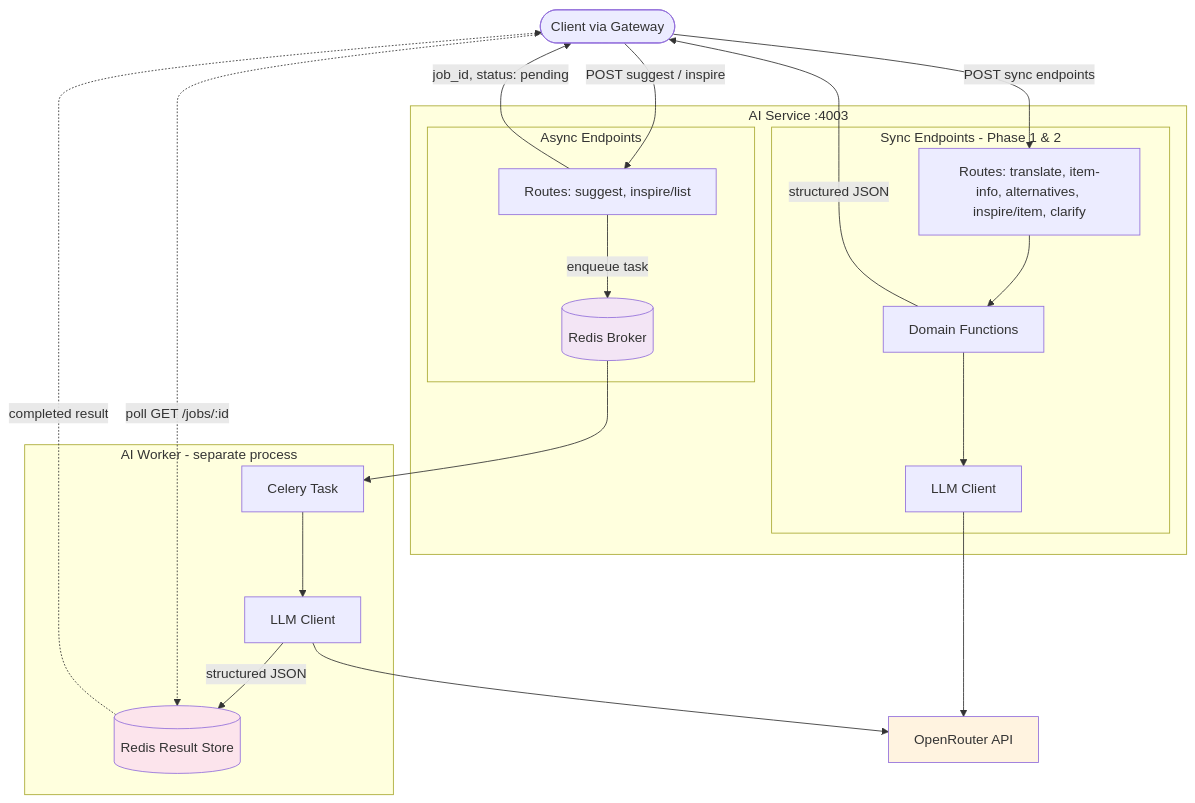
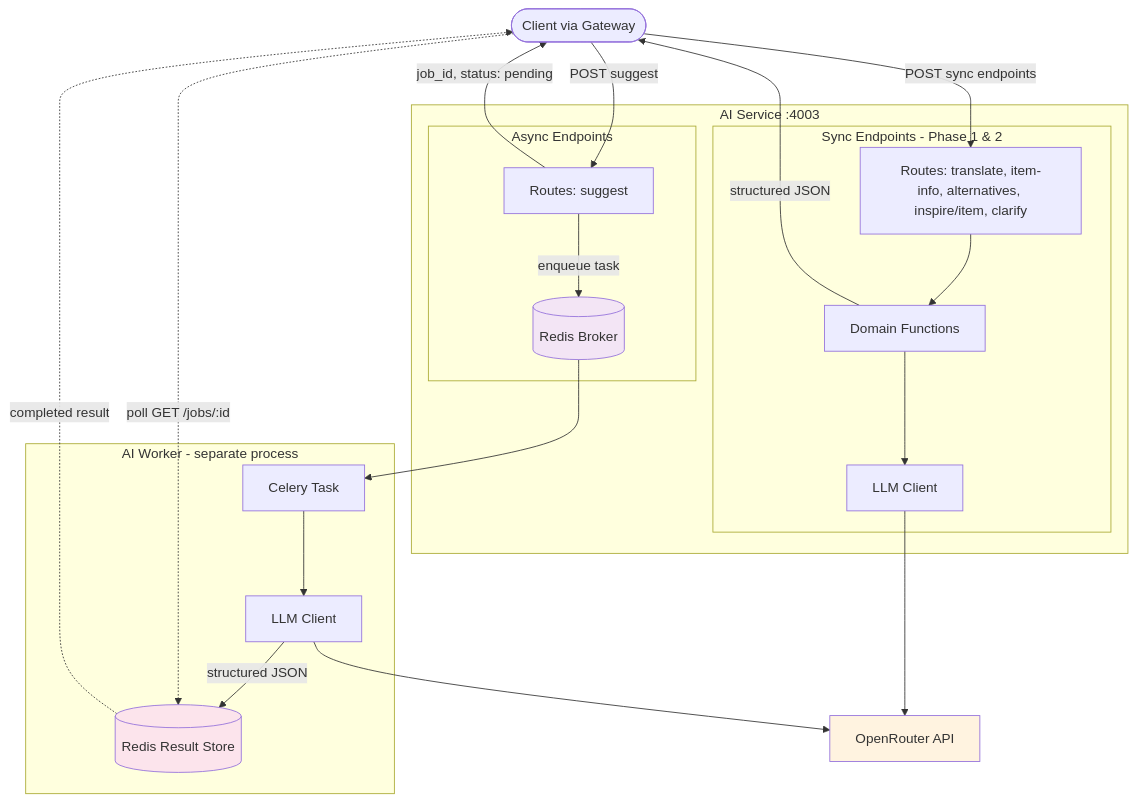
Before and after one commit to iDako7/SmartGroceryAssistant: the first of 3 diagrams in services/ai-service/docs_AI_service/phased_plan.md, drawn with Mermaid. The commit also changed other lines of this file and 2 other files, not shown here.

Commit message:
docs: drop per-list inspire from roadmap, move to future considerations

````diff
--- a/services/ai-service/docs_AI_service/phased_plan.md
+++ b/services/ai-service/docs_AI_service/phased_plan.md
@@ -109,45 +114,45 @@
 ```mermaid
 graph TD
     Client([Client via Gateway])
 
     subgraph AIService[AI Service :4003]
         subgraph SyncFlow[Sync Endpoints - Phase 1 & 2]
             SyncRoutes[Routes: translate, item-info, alternatives, inspire/item, clarify]
             DomainFns[Domain Functions]
             LLMClient[LLM Client]
 
             SyncRoutes --> DomainFns --> LLMClient
         end
 
         subgraph AsyncFlow[Async Endpoints]
-            AsyncRoutes[Routes: suggest, inspire/list]
+            AsyncRoutes[Routes: suggest]
             CeleryBroker[(Redis Broker)]
 
             AsyncRoutes -->|enqueue task| CeleryBroker
         end
     end
 
     subgraph Worker[AI Worker - separate process]
         CeleryTask[Celery Task]
         WorkerLLM[LLM Client]
         ResultStore[(Redis Result Store)]
 
         CeleryTask --> WorkerLLM -->|structured JSON| ResultStore
     end
 
     CeleryBroker --> CeleryTask
 
     Client -->|POST sync endpoints| SyncRoutes
     DomainFns -->|structured JSON| Client
-    Client -->|POST suggest / inspire| AsyncRoutes
+    Client -->|POST suggest| AsyncRoutes
     AsyncRoutes -->|job_id, status: pending| Client
     Client -.->|poll GET /jobs/:id| ResultStore
     ResultStore -.->|completed result| Client
 
     LLMClient --> OpenRouter[OpenRouter API]
     WorkerLLM --> OpenRouter
 
     style CeleryBroker fill:#f3e5f5
     style ResultStore fill:#fce4ec
     style OpenRouter fill:#fff3e0
 ```
````
